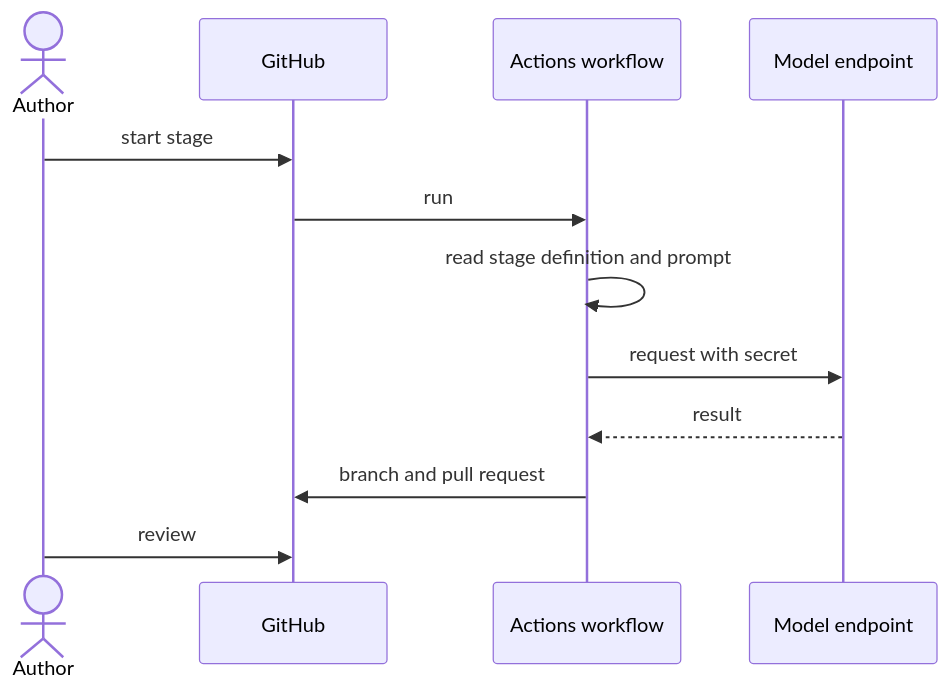
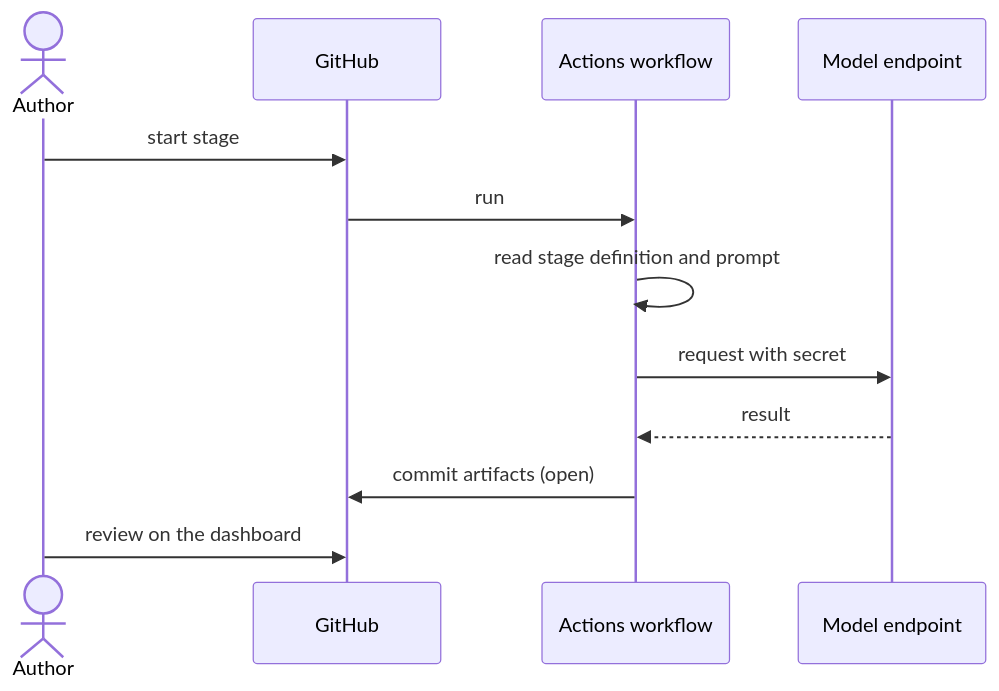
Before and after one commit to akmaier/agent-m: the diagram in docs/use-cases/UC-010-run-a-stage-in-github-actions.md, drawn with Mermaid. The commit also changed other lines of this file and 11 other files, not shown here.

````diff
--- a/docs/use-cases/UC-010-run-a-stage-in-github-actions.md
+++ b/docs/use-cases/UC-010-run-a-stage-in-github-actions.md
@@ -39,14 +40,14 @@
 ```mermaid
 sequenceDiagram
     actor A as Author
     participant G as GitHub
     participant W as Actions workflow
     participant E as Model endpoint
     A->>G: start stage
     G->>W: run
     W->>W: read stage definition and prompt
     W->>E: request with secret
     E-->>W: result
-    W->>G: branch and pull request
-    A->>G: review
+    W->>G: commit artifacts (open)
+    A->>G: review on the dashboard
 ```
````
